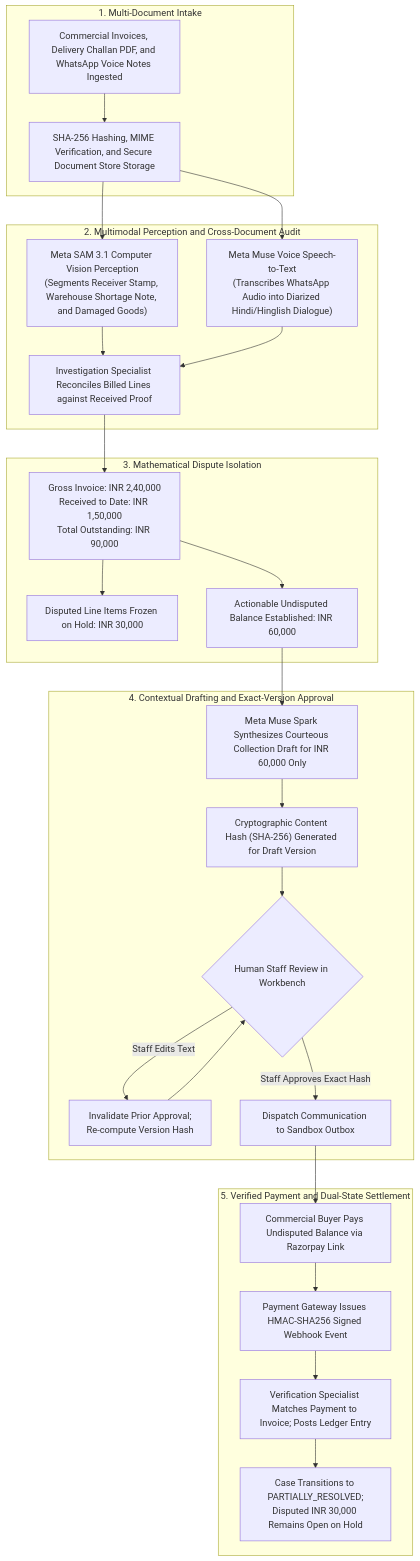
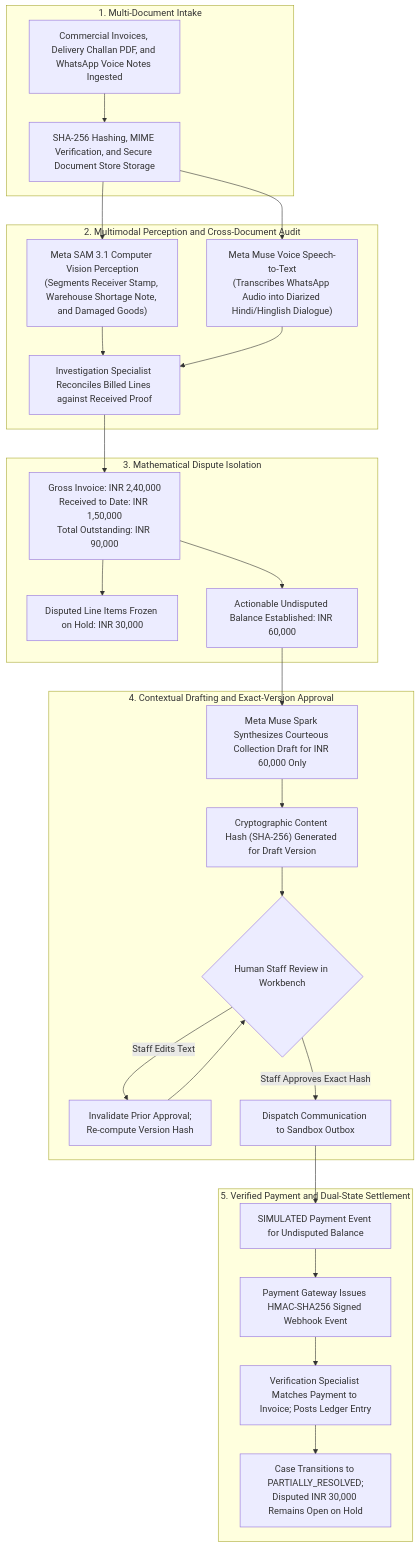
Before and after one commit to lakshya14-ds/RecoverFlow-AI: the second of 2 diagrams in README.md, drawn with Mermaid. The commit also changed other lines of this file and 31 other files, not shown here.

````diff
--- a/README.md
+++ b/README.md
@@ -215,33 +262,33 @@
 ```mermaid
 flowchart TD
     subgraph Step1["1. Multi-Document Intake"]
         A["Commercial Invoices, Delivery Challan PDF, and WhatsApp Voice Notes Ingested"] --> B["SHA-256 Hashing, MIME Verification, and Secure Document Store Storage"]
     end
 
     subgraph Step2["2. Multimodal Perception and Cross-Document Audit"]
         B --> C["Meta SAM 3.1 Computer Vision Perception\n(Segments Receiver Stamp, Warehouse Shortage Note, and Damaged Goods)"]
         B --> D["Meta Muse Voice Speech-to-Text\n(Transcribes WhatsApp Audio into Diarized Hindi/Hinglish Dialogue)"]
         C & D --> E["Investigation Specialist Reconciles Billed Lines against Received Proof"]
     end
 
     subgraph Step3["3. Mathematical Dispute Isolation"]
         E --> F["Gross Invoice: INR 2,40,000\nReceived to Date: INR 1,50,000\nTotal Outstanding: INR 90,000"]
         F --> G["Disputed Line Items Frozen on Hold: INR 30,000"]
         F --> H["Actionable Undisputed Balance Established: INR 60,000"]
     end
 
     subgraph Step4["4. Contextual Drafting and Exact-Version Approval"]
         H --> I["Meta Muse Spark Synthesizes Courteous Collection Draft for INR 60,000 Only"]
         I --> J["Cryptographic Content Hash (SHA-256) Generated for Draft Version"]
         J --> K{"Human Staff Review in Workbench"}
         K -->|Staff Edits Text| L["Invalidate Prior Approval;\nRe-compute Version Hash"] --> K
         K -->|Staff Approves Exact Hash| M["Dispatch Communication to Sandbox Outbox"]
     end
 
     subgraph Step5["5. Verified Payment and Dual-State Settlement"]
-        M --> N["Commercial Buyer Pays Undisputed Balance via Razorpay Link"]
+        M --> N["SIMULATED Payment Event for Undisputed Balance"]
         N --> O["Payment Gateway Issues HMAC-SHA256 Signed Webhook Event"]
         O --> P["Verification Specialist Matches Payment to Invoice; Posts Ledger Entry"]
         P --> Q["Case Transitions to PARTIALLY_RESOLVED;\nDisputed INR 30,000 Remains Open on Hold"]
     end
 ```
````
